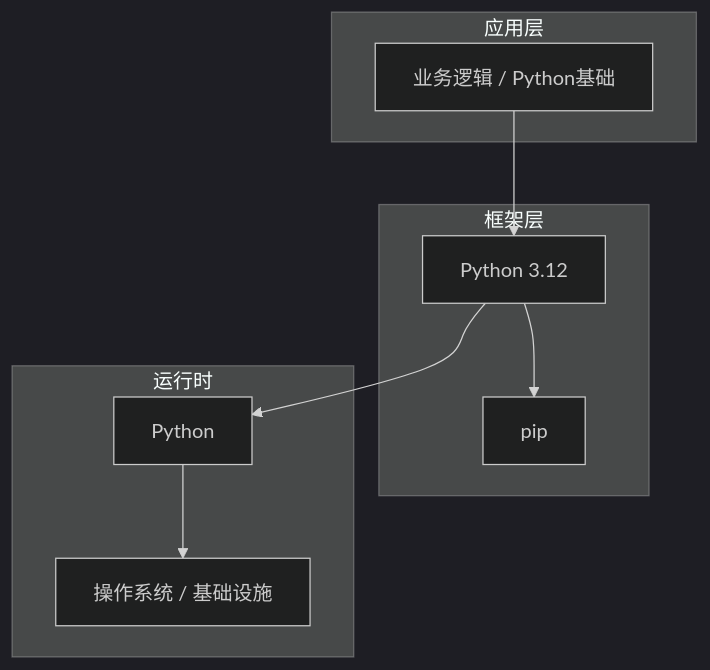
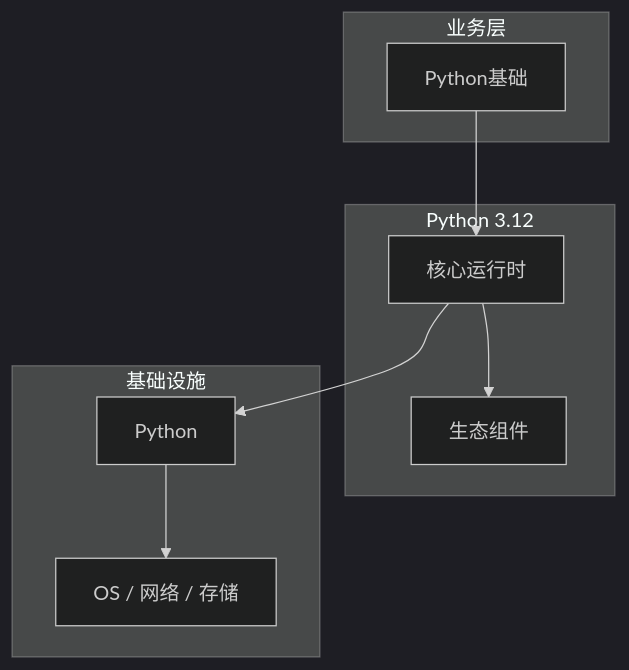
The diagram in articles/Python核心/chapters/001-Python基础核心概念与原理.md (yanggan2015/knowledge-json-v2), drawn with Mermaid (dark theme) before and after one commit. The commit also changed other lines of this file and 10127 other files, not shown here.

````diff
--- a/articles/Python核心/chapters/001-Python基础核心概念与原理.md
+++ b/articles/Python核心/chapters/001-Python基础核心概念与原理.md
@@ -45,18 +34,18 @@
 ```mermaid
 graph TB
-    subgraph 应用层
-        A[业务逻辑 / Python基础]
+    subgraph 业务层
+        A[Python基础]
     end
-    subgraph 框架层
-        B[Python 3.12]
-        C[pip]
+    subgraph Python 3.12
+        B[核心运行时]
+        C[生态组件]
     end
-    subgraph 运行时
+    subgraph 基础设施
         D[Python]
-        E[操作系统 / 基础设施]
+        E[OS / 网络 / 存储]
     end
     A --> B
     B --> C
     B --> D
     D --> E
 ```
````
